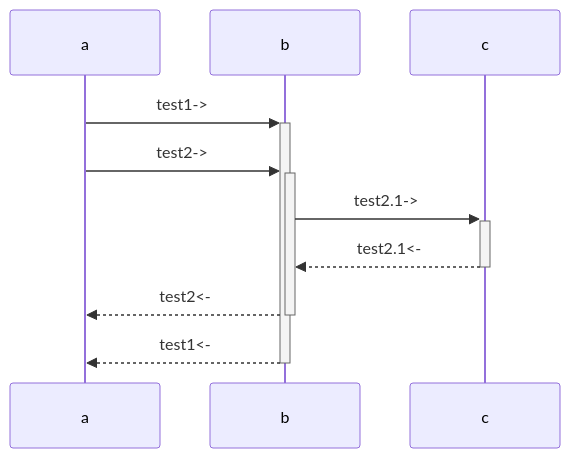
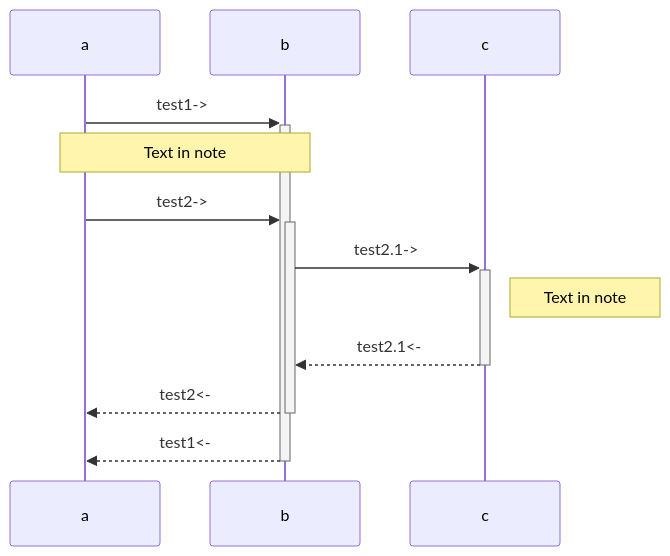
One commit to norven63/MyObsidian changed the second of 2 diagrams in 13沉淀笔记/MarkDown流程图示例.md. Above: the diagram before and after it, drawn with Mermaid. The commit also changed other lines of this file and 2 other files, not shown here.

````diff
--- a/13沉淀笔记/MarkDown流程图示例.md
+++ b/13沉淀笔记/MarkDown流程图示例.md
@@ -32,9 +27,11 @@
 ```mermaid
 sequenceDiagram
 	a->>+b:test1->
+	Note over a,b: Text in note
 	a->>+b:test2->
 	b->>+c:test2.1->
+	Note right of c: Text in note
 	c-->>-b:test2.1<-
 	b-->>-a:test2<-
 	b-->>-a:test1<-
 ```
````
